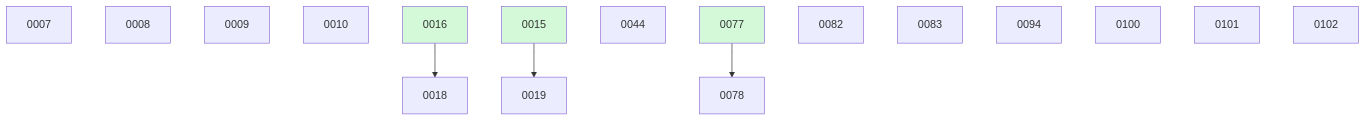
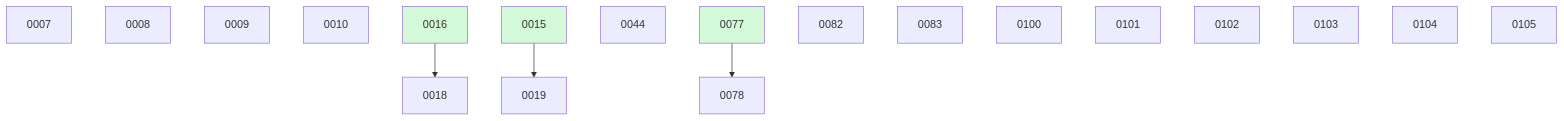
The diagram in docs/changes/BOARD.md (danielhanold/docket), drawn with Mermaid before and after one commit. The commit also changed other lines of this file, not shown here.

````diff
--- a/docs/changes/BOARD.md
+++ b/docs/changes/BOARD.md
@@ -39,21 +36,23 @@
 ```mermaid
 graph TD
   0007
   0008
   0009
   0010
   0016 --> 0018
   0015 --> 0019
   0044
   0077 --> 0078
   0082
   0083
-  0094
   0100
   0101
   0102
+  0103
+  0104
+  0105
   0015:::done
   0016:::done
   0077:::done
   classDef done fill:#d3f9d8;
 ```
````
